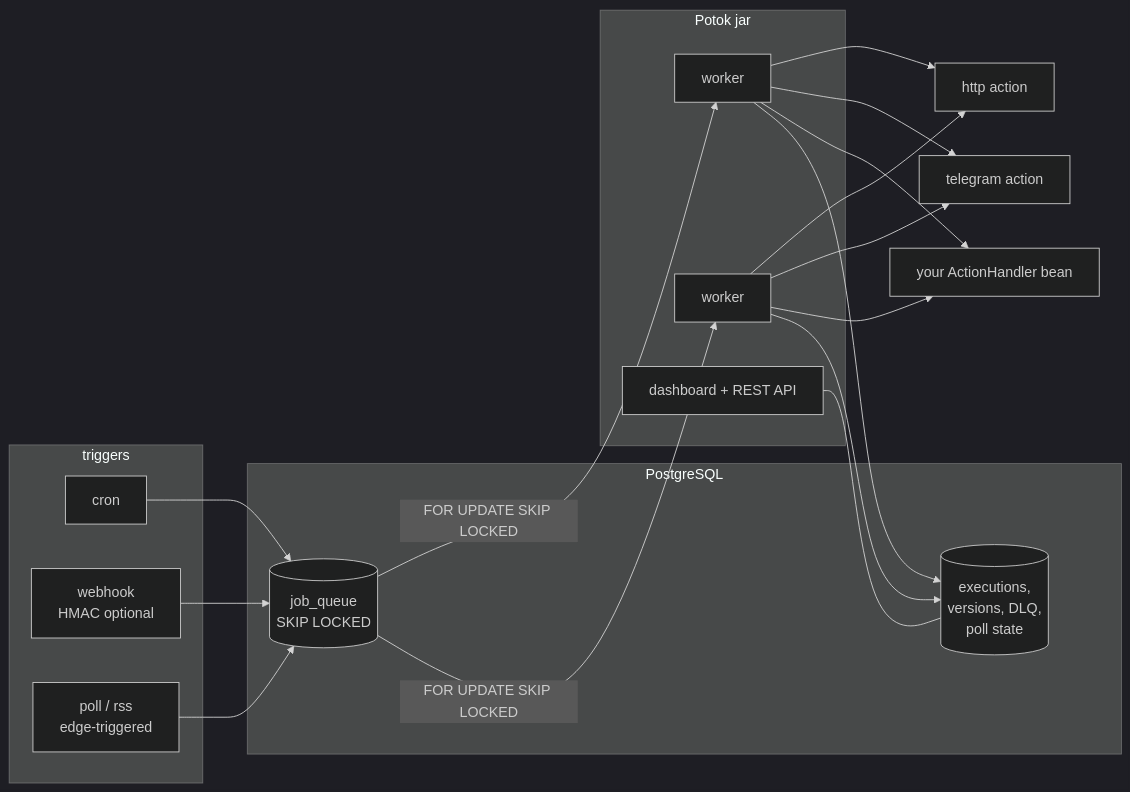
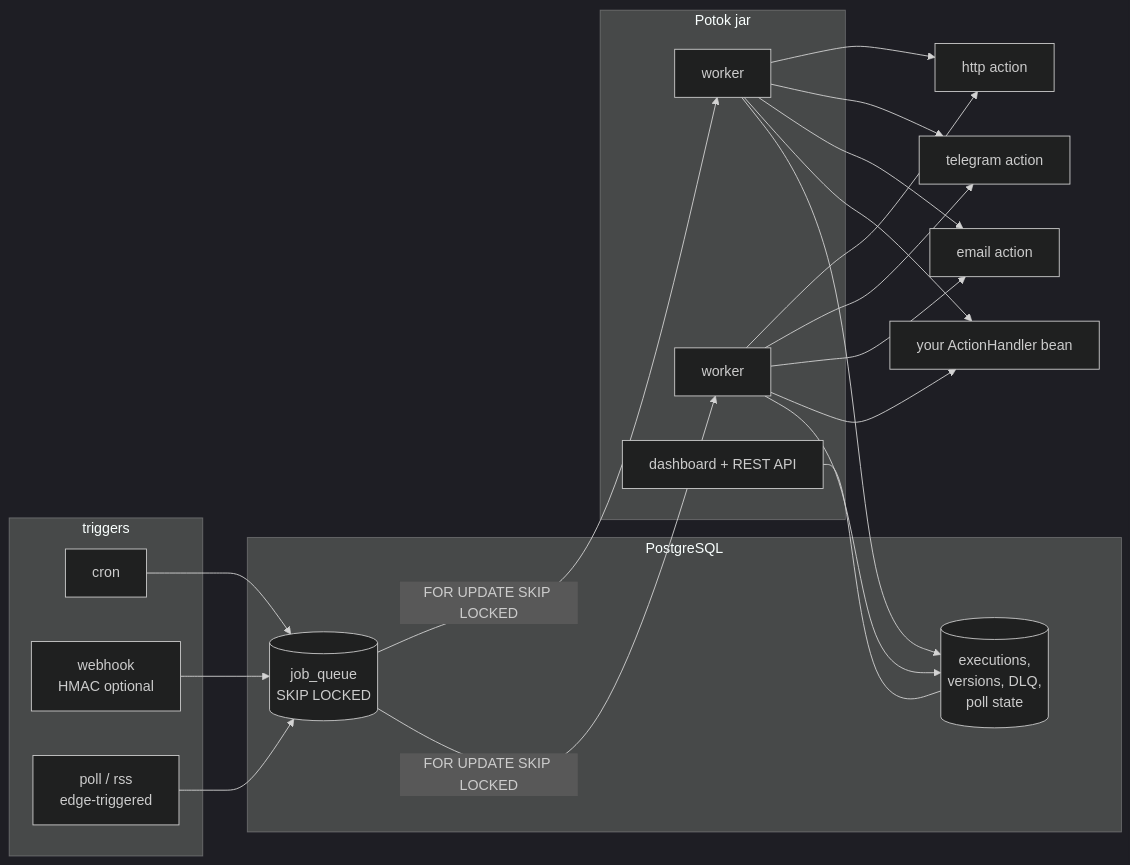
One commit to AntonovYuriy/Potok changed the diagram in README.md. Above: the diagram before and after it, drawn with Mermaid (dark theme). The commit also changed other lines of this file and 20 other files, not shown here.

````diff
--- a/README.md
+++ b/README.md
@@ -61,28 +62,29 @@
 ```mermaid
 flowchart LR
     subgraph triggers
         CRON[cron]
         HOOK[webhook<br/>HMAC optional]
         POLL[poll / rss<br/>edge-triggered]
     end
     subgraph postgres [PostgreSQL]
         Q[(job_queue<br/>SKIP LOCKED)]
         ST[(executions,<br/>versions, DLQ,<br/>poll state)]
     end
     subgraph engine [Potok jar]
         W1[worker]
         W2[worker]
         UI[dashboard + REST API]
     end
     A1[http action]
     A2[telegram action]
-    A3[your ActionHandler bean]
+    A3[email action]
+    A4[your ActionHandler bean]
 
     CRON --> Q
     HOOK --> Q
     POLL --> Q
     Q -->|FOR UPDATE SKIP LOCKED| W1 & W2
-    W1 & W2 --> A1 & A2 & A3
+    W1 & W2 --> A1 & A2 & A3 & A4
     W1 & W2 --> ST
     UI --- ST
 ```
````
